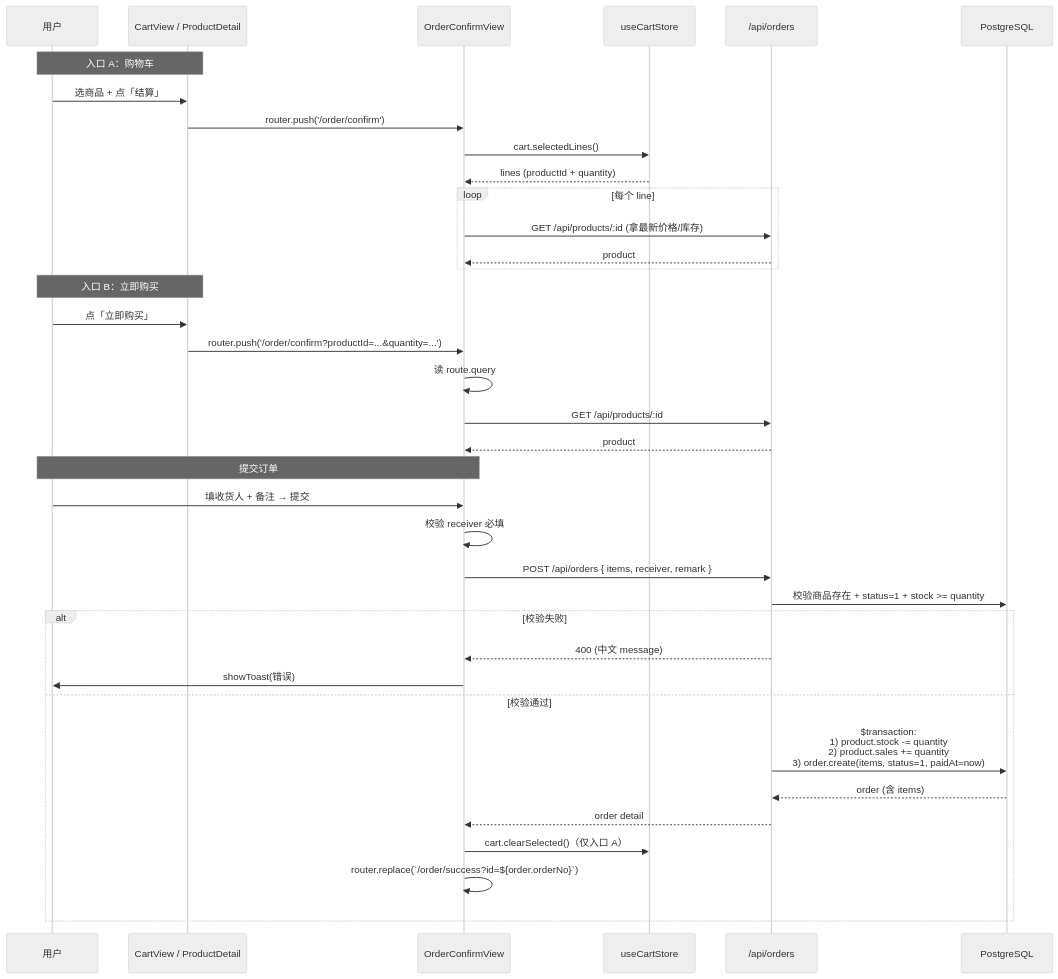
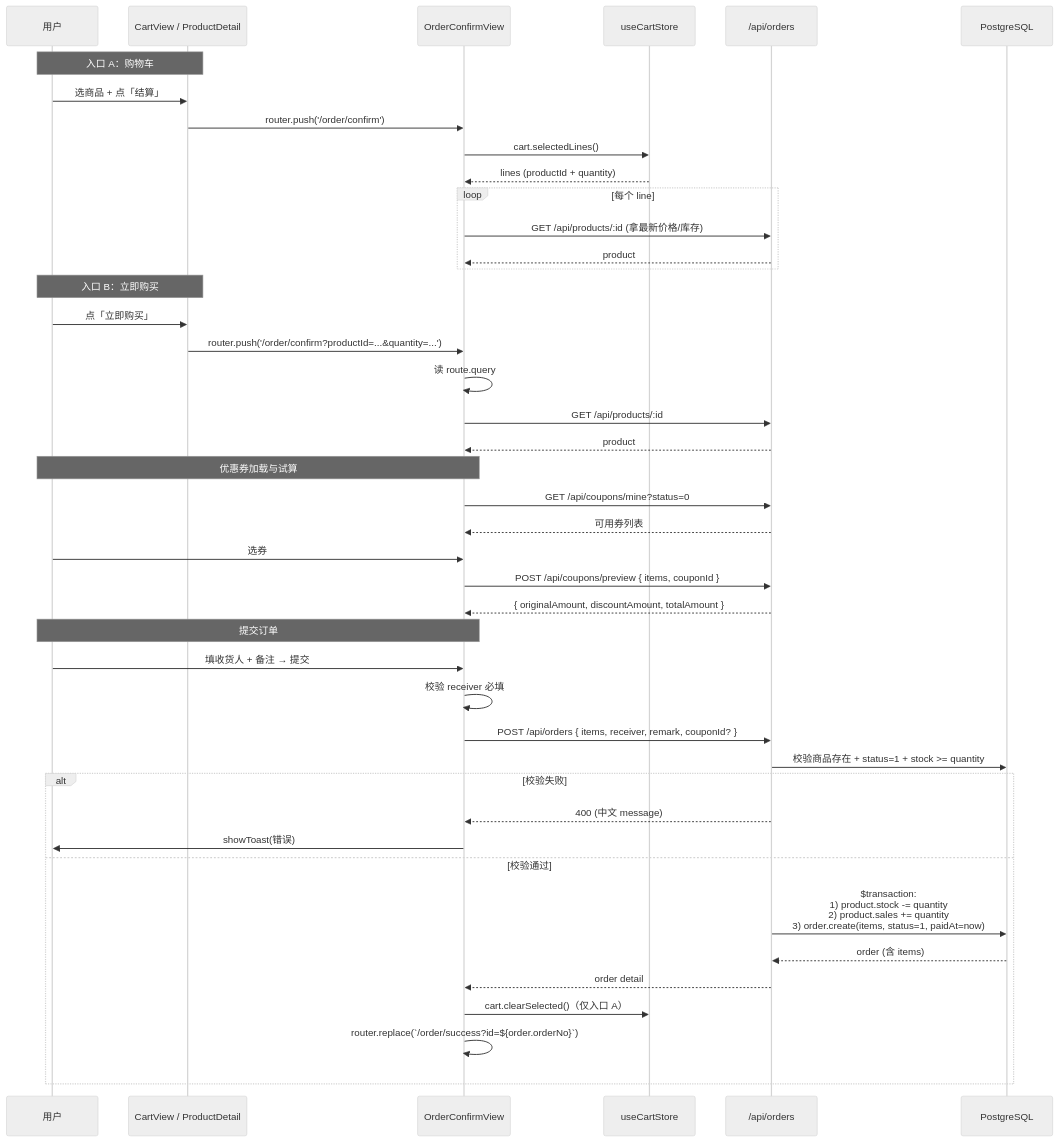
The second of 5 diagrams in docs/30-移动端/04-核心业务流程.md (atan135/mymobilepage), drawn with Mermaid (neutral theme) before and after one commit. The commit also changed other lines of this file and 1 other file, not shown here.

Commit message:
docs(client): 03/04 文档补 CreateOrderPayload couponId + 下单流程图 coupon 节点
对应 summary/docs-vs-code-audit.md：
- M7: docs/30-移动端/03 CreateOrderPayload 接口定义补 couponId?: number（client/src/api/order.ts:17-26 实际定义）
- M9: docs/30-移动端/04 §2 下单时序图补「优惠券加载 → 选券 → 试算」三步；payload 加 couponId?；退款段说明从"Phase 2 待定"改为指向 11-退款与售后.md

````diff
--- a/docs/30-移动端/04-核心业务流程.md
+++ b/docs/30-移动端/04-核心业务流程.md
@@ -44,42 +44,48 @@
 ```mermaid
 sequenceDiagram
     participant U as 用户
     participant CV as CartView / ProductDetail
     participant OC as OrderConfirmView
     participant P as useCartStore
     participant API as /api/orders
     participant DB as PostgreSQL
 
     Note over U,CV: 入口 A：购物车
     U->>CV: 选商品 + 点「结算」
     CV->>OC: router.push('/order/confirm')
     OC->>P: cart.selectedLines()
     P-->>OC: lines (productId + quantity)
     loop 每个 line
         OC->>API: GET /api/products/:id (拿最新价格/库存)
         API-->>OC: product
     end
 
     Note over U,CV: 入口 B：立即购买
     U->>CV: 点「立即购买」
     CV->>OC: router.push('/order/confirm?productId=...&quantity=...')
     OC->>OC: 读 route.query
     OC->>API: GET /api/products/:id
     API-->>OC: product
 
+    Note over U,OC: 优惠券加载与试算
+    OC->>API: GET /api/coupons/mine?status=0
+    API-->>OC: 可用券列表
+    U->>OC: 选券
+    OC->>API: POST /api/coupons/preview { items, couponId }
+    API-->>OC: { originalAmount, discountAmount, totalAmount }
     Note over U,OC: 提交订单
     U->>OC: 填收货人 + 备注 → 提交
     OC->>OC: 校验 receiver 必填
-    OC->>API: POST /api/orders { items, receiver, remark }
+    OC->>API: POST /api/orders { items, receiver, remark, couponId? }
     API->>DB: 校验商品存在 + status=1 + stock >= quantity
     alt 校验失败
         API-->>OC: 400 (中文 message)
         OC->>U: showToast(错误)
     else 校验通过
         API->>DB: $transaction:<br/>1) product.stock -= quantity<br/>2) product.sales += quantity<br/>3) order.create(items, status=1, paidAt=now)
         DB-->>API: order (含 items)
         API-->>OC: order detail
         OC->>P: cart.clearSelected()（仅入口 A）
         OC->>OC: router.replace(`/order/success?id=${order.orderNo}`)
     end
 ```
````
